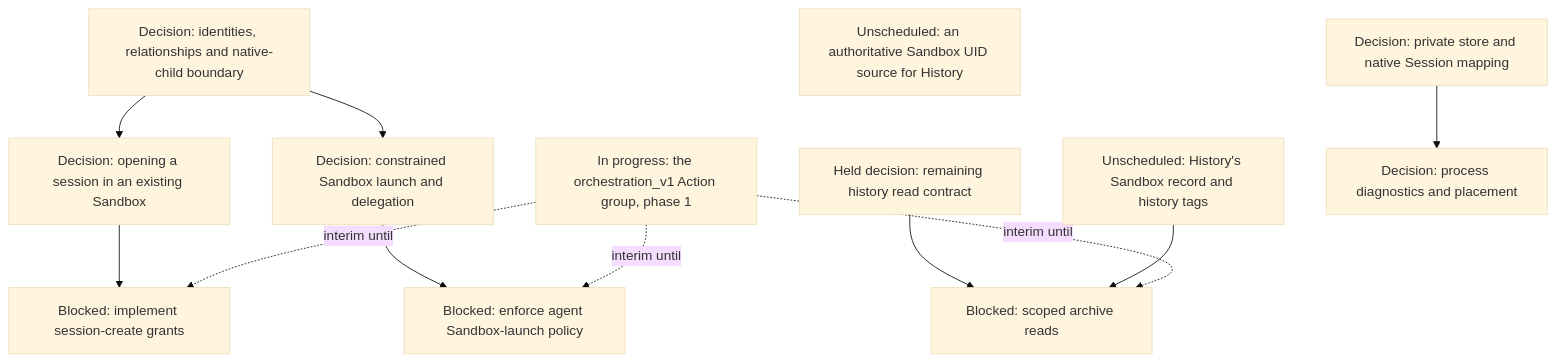
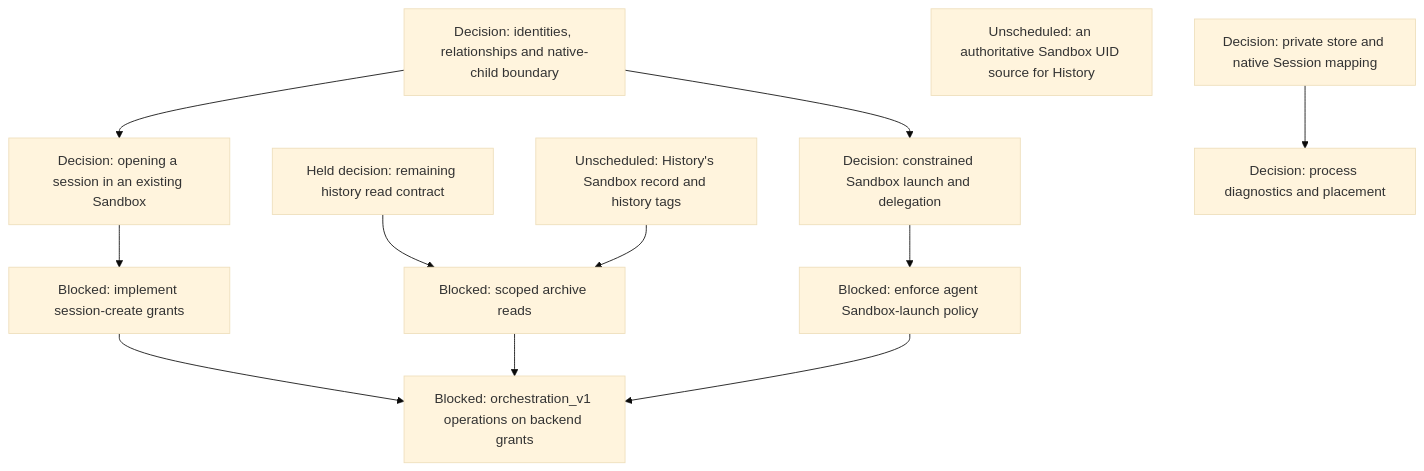
One commit to agentydragon-agent/ducktape changed the sixth of 19 diagrams in agentplane/plans/task_dag.md. Above: the diagram before and after it, drawn with Mermaid (base theme). The commit also changed other lines of this file and 6 other files, not shown here.

First line of the commit message:
docs(agentplane): burn down orchestration_v1 phase 1 (#12173)

````diff
--- a/agentplane/plans/task_dag.md
+++ b/agentplane/plans/task_dag.md
@@ -291,25 +291,25 @@
 ```mermaid
 flowchart TD
     MULTIAGENT_MODEL[Decision: identities, relationships and native-child boundary]
     THREAD_READ_POLICY_DESIGN[Held decision: remaining history read contract]
     HISTORY_SANDBOX_RECORD[Unscheduled: History's Sandbox record and history tags]
     THREAD_READ_POLICY[Blocked: scoped archive reads]
     HISTORY_SANDBOX_ASSOCIATION_SOURCE[Unscheduled: an authoritative Sandbox UID source for History]
     THREAD_CREATE_POLICY[Decision: opening a session in an existing Sandbox]
     THREAD_CREATE_AUTHORIZATION[Blocked: implement session-create grants]
     AGENT_LAUNCH_POLICY_DESIGN[Decision: constrained Sandbox launch and delegation]
     AGENT_SANDBOX_LAUNCH[Blocked: enforce agent Sandbox-launch policy]
     MULTIAGENT_MODEL --> THREAD_CREATE_POLICY
     MULTIAGENT_MODEL --> AGENT_LAUNCH_POLICY_DESIGN
     THREAD_READ_POLICY_DESIGN --> THREAD_READ_POLICY
     HISTORY_SANDBOX_RECORD --> THREAD_READ_POLICY
     THREAD_CREATE_POLICY --> THREAD_CREATE_AUTHORIZATION
     AGENT_LAUNCH_POLICY_DESIGN --> AGENT_SANDBOX_LAUNCH
-    ORCHESTRATION_V1[In progress: the orchestration_v1 Action group, phase 1]
-    ORCHESTRATION_V1 -. interim until .-> THREAD_CREATE_AUTHORIZATION
-    ORCHESTRATION_V1 -. interim until .-> THREAD_READ_POLICY
-    ORCHESTRATION_V1 -. interim until .-> AGENT_SANDBOX_LAUNCH
+    ORCHESTRATION_V1_BACKEND_GRANTS[Blocked: orchestration_v1 operations on backend grants]
+    THREAD_CREATE_AUTHORIZATION --> ORCHESTRATION_V1_BACKEND_GRANTS
+    THREAD_READ_POLICY --> ORCHESTRATION_V1_BACKEND_GRANTS
+    AGENT_SANDBOX_LAUNCH --> ORCHESTRATION_V1_BACKEND_GRANTS
     RUNNER_HARNESS_OBJECTS_DESIGN[Decision: process diagnostics and placement]
     HARNESS_IDENTITY_DESIGN[Decision: private store and native Session mapping]
     HARNESS_IDENTITY_DESIGN --> RUNNER_HARNESS_OBJECTS_DESIGN
 ```
````
